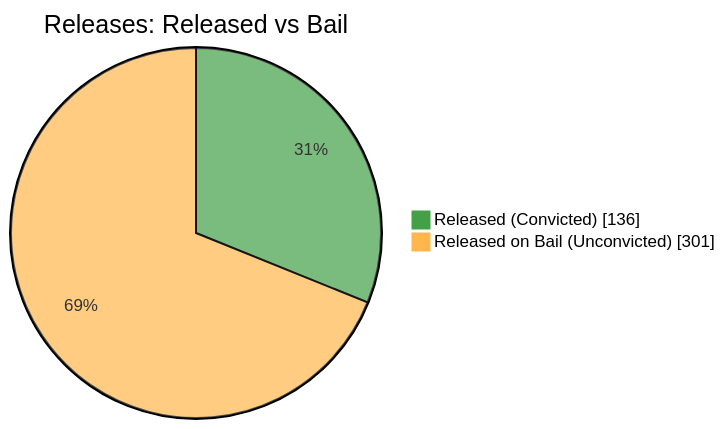
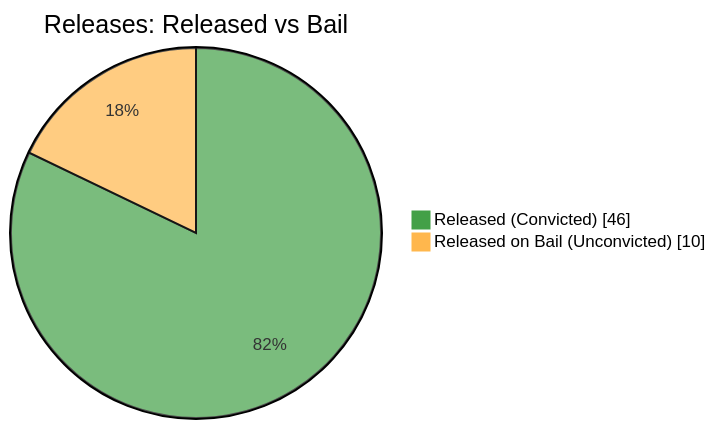
One commit to nuuuwan/lk_prisons changed the fifth of 7 diagrams in README.md. Above: the diagram before and after it, drawn with Mermaid. The commit also changed other lines of this file and 1 other file, not shown here.

````diff
--- a/README.md
+++ b/README.md
@@ -87,6 +87,6 @@
 ```mermaid
 %%{init: {'themeVariables': {'pie1': '#43A047', 'pie2': '#FFB74D'}}}%%
 pie showData title Releases: Released vs Bail
-    "Released (Convicted)" : 136
-    "Released on Bail (Unconvicted)" : 301
+    "Released (Convicted)" : 46
+    "Released on Bail (Unconvicted)" : 10
 ```
````
